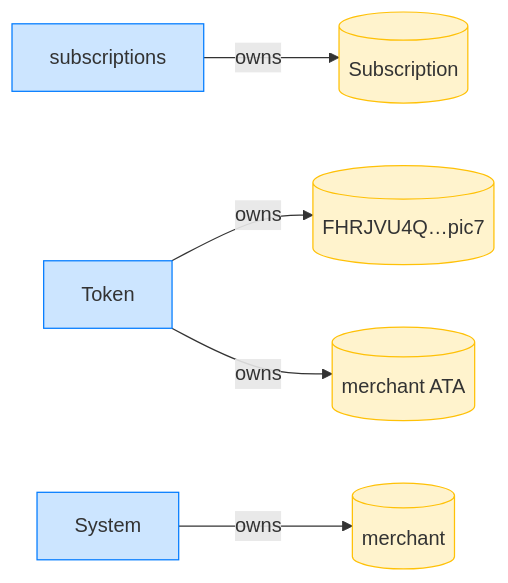
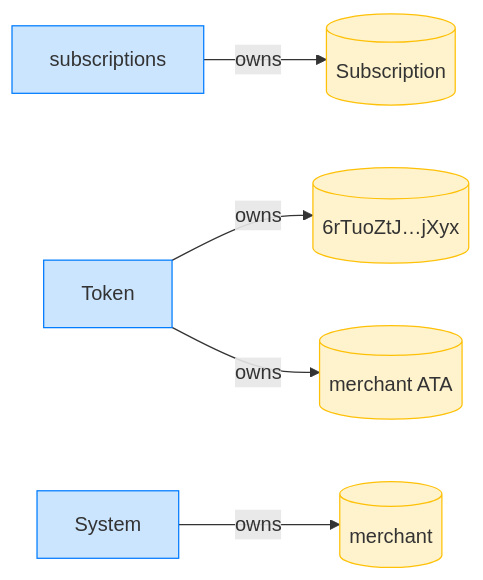
Diagram 16 of 16 in dsl_tests/cancel-at-exact-plan-end-keeps-the-final-period-billable.md (cds-rs/subscriptions), drawn with Mermaid before and after one commit. The commit also changed other lines of this file and 224 other files, not shown here.

````diff
--- a/dsl_tests/cancel-at-exact-plan-end-keeps-the-final-period-billable.md
+++ b/dsl_tests/cancel-at-exact-plan-end-keeps-the-final-period-billable.md
@@ -313,16 +332,16 @@
 ```mermaid
 flowchart LR
     classDef owner fill:#cce5ff,stroke:#007bff;
     classDef account fill:#fff3cd,stroke:#ffc107;
     subscriptions[subscriptions]:::owner
     Subscription[(Subscription)]:::account
     Token[Token]:::owner
-    FHRJVU4Q_pic7[("FHRJVU4Q…pic7")]:::account
+    6rTuoZtJ_jXyx[("6rTuoZtJ…jXyx")]:::account
     merchant_ATA[("merchant ATA")]:::account
     System[System]:::owner
     merchant[(merchant)]:::account
     subscriptions -->|owns| Subscription
-    Token -->|owns| FHRJVU4Q_pic7
+    Token -->|owns| 6rTuoZtJ_jXyx
     Token -->|owns| merchant_ATA
     System -->|owns| merchant
 ```
````
